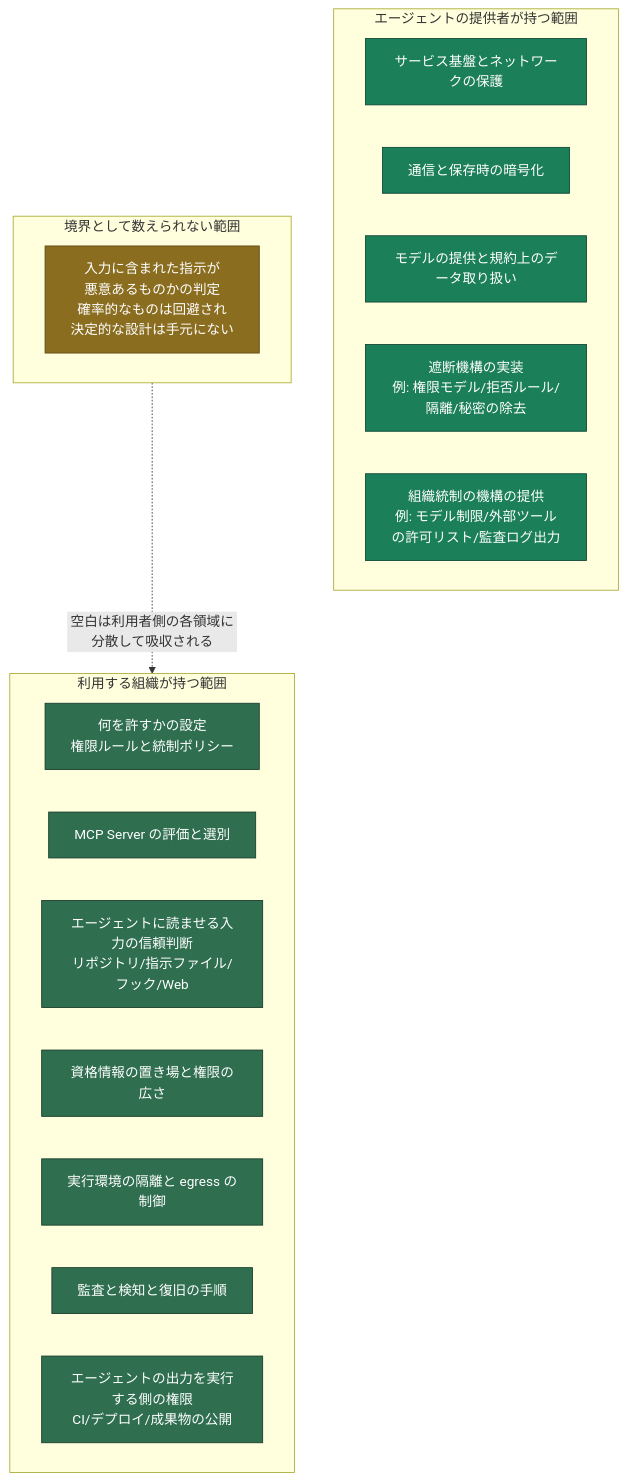
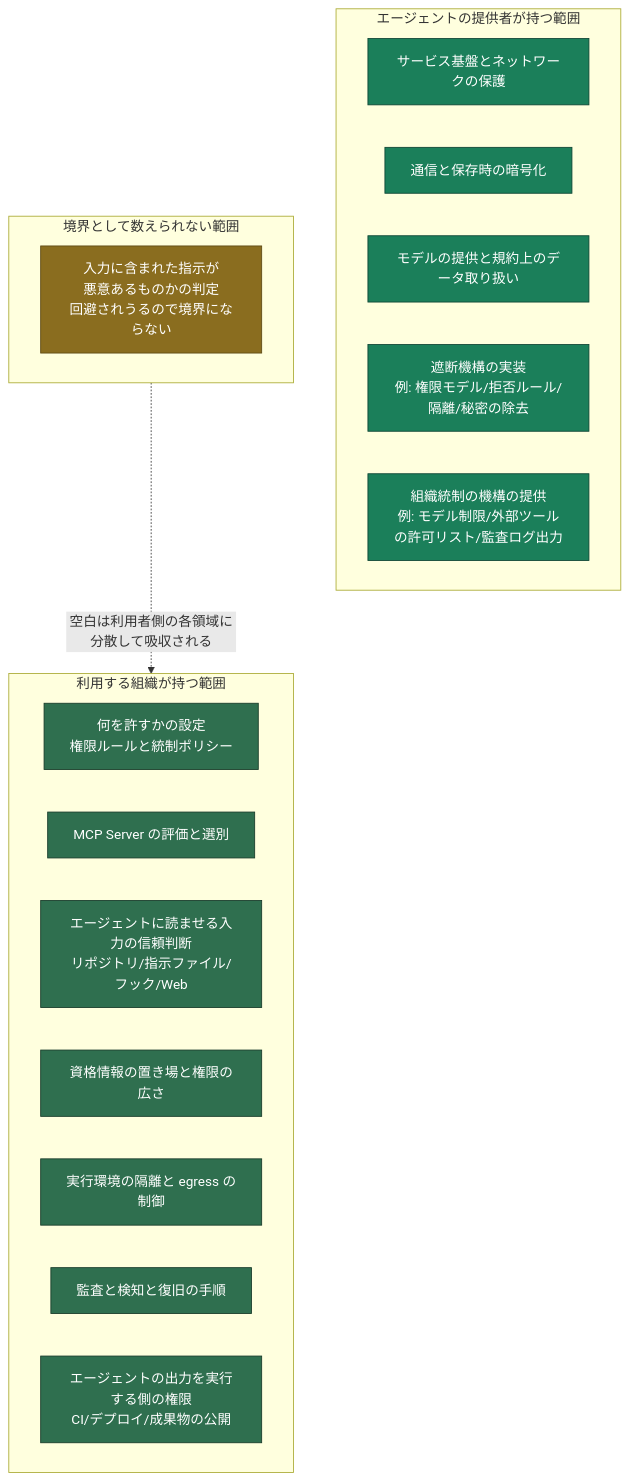
One commit to littlemex/zenn changed the second of 3 diagrams in articles/0f467b2807e1fc.md. Above: the diagram before and after it, drawn with Mermaid. The commit also changed other lines of this file, not shown here.

````diff
--- a/articles/0f467b2807e1fc.md
+++ b/articles/0f467b2807e1fc.md
@@ -129,33 +127,33 @@
 ```mermaid
 graph TB
     subgraph PROVIDER["エージェントの提供者が持つ範囲"]
         A1[サービス基盤とネットワークの保護]
         A2[通信と保存時の暗号化]
         A3[モデルの提供と規約上のデータ取り扱い]
         A4[遮断機構の実装<br/>例: 権限モデル/拒否ルール/隔離/秘密の除去]
         A5[組織統制の機構の提供<br/>例: モデル制限/外部ツールの許可リスト/監査ログ出力]
     end
 
     subgraph GAP["境界として数えられない範囲"]
-        G1[入力に含まれた指示が<br/>悪意あるものかの判定<br/>確率的なものは回避され<br/>決定的な設計は手元にない]
+        G1[入力に含まれた指示が<br/>悪意あるものかの判定<br/>回避されうるので境界にならない]
     end
 
     subgraph CUST["利用する組織が持つ範囲"]
         C1[何を許すかの設定<br/>権限ルールと統制ポリシー]
         C2[MCP Server の評価と選別]
         C3[エージェントに読ませる入力の信頼判断<br/>リポジトリ/指示ファイル/フック/Web]
         C4[資格情報の置き場と権限の広さ]
         C5[実行環境の隔離と egress の制御]
         C6[監査と検知と復旧の手順]
         C7[エージェントの出力を実行する側の権限<br/>CI/デプロイ/成果物の公開]
     end
 
     GAP -.->|空白は利用者側の各領域に分散して吸収される| CUST
 
     classDef provider fill:#1b7f5a,stroke:#0d4433,color:#ffffff
     classDef gap fill:#8a6d1f,stroke:#5c4813,color:#ffffff
     classDef cust fill:#2f6f4f,stroke:#173a29,color:#ffffff
     class A1,A2,A3,A4,A5 provider
     class G1 gap
     class C1,C2,C3,C4,C5,C6,C7 cust
 ```
````
